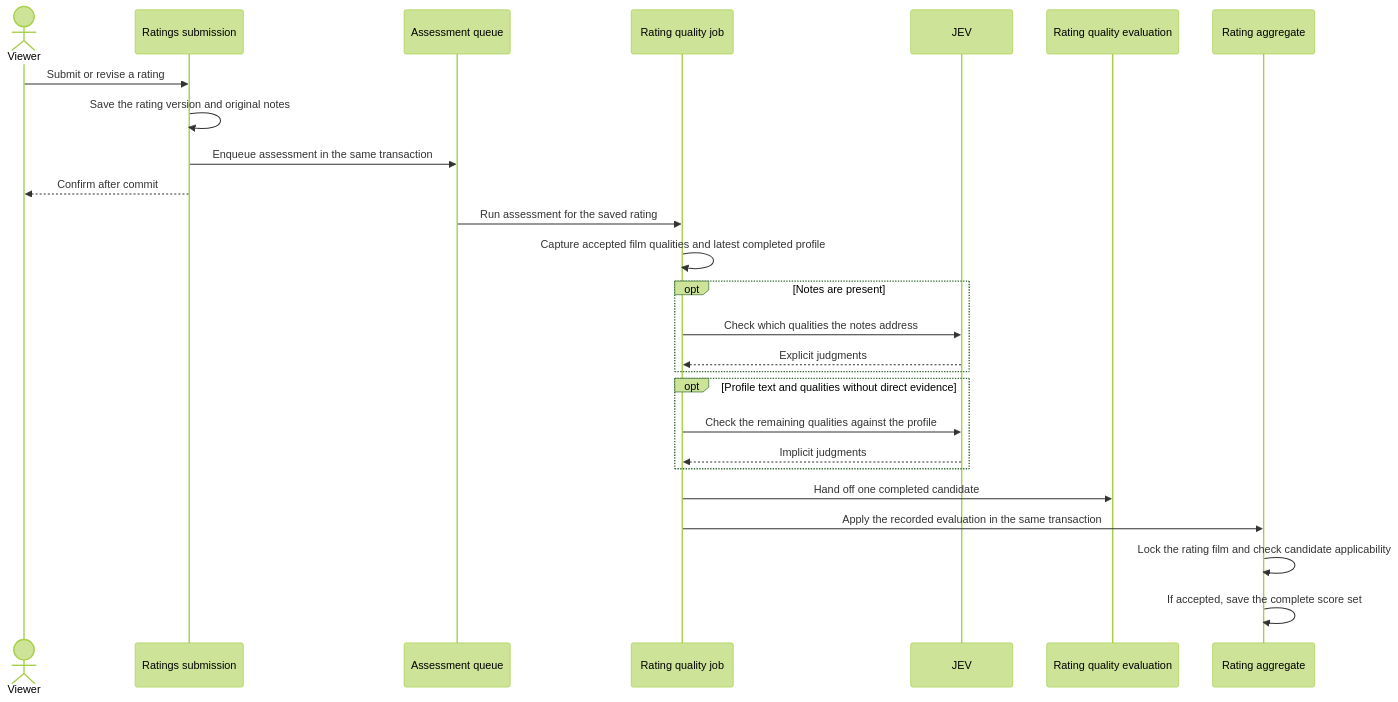
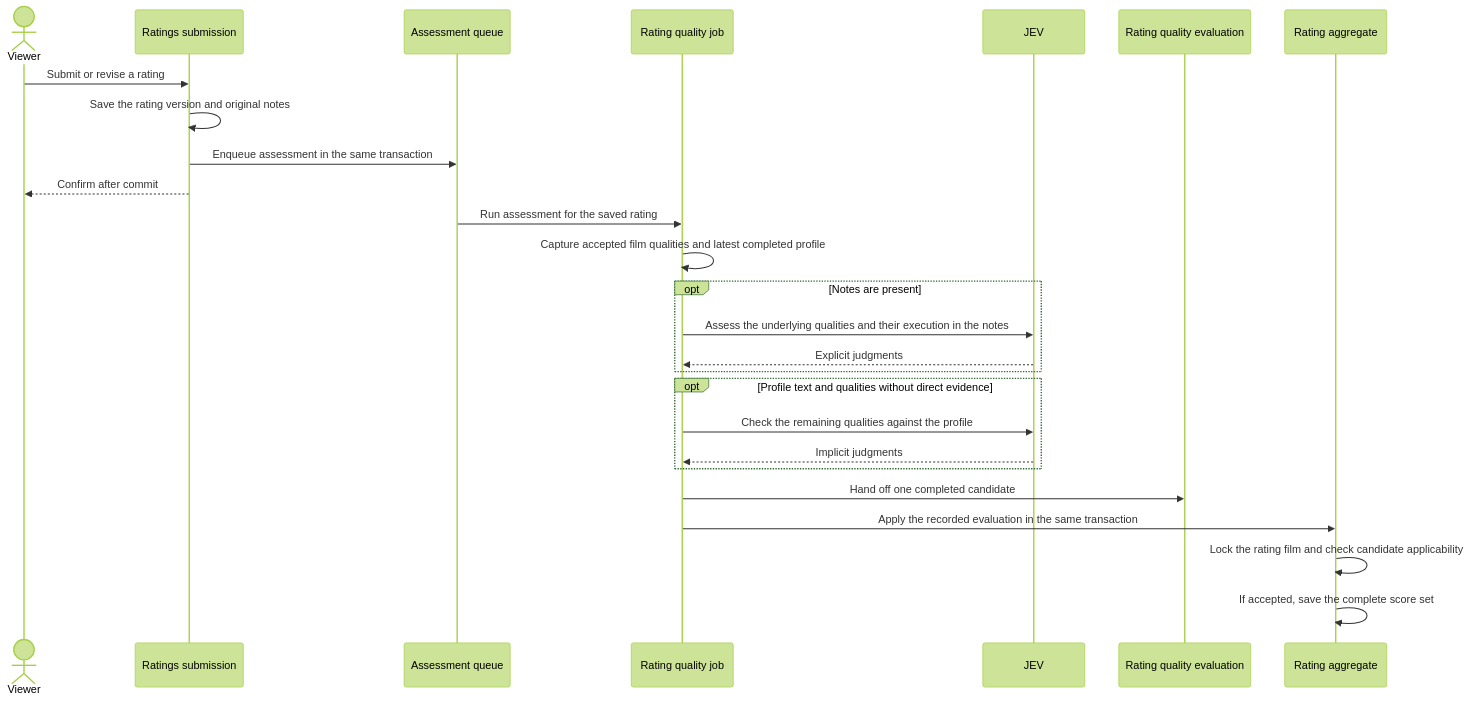
Before and after one commit to adambelton/glutton: the second of 6 diagrams in docs/ratings_scoring_design.md, drawn with Mermaid (forest theme). The commit also changed other lines of this file and 36 other files, not shown here.

````diff
--- a/docs/ratings_scoring_design.md
+++ b/docs/ratings_scoring_design.md
@@ -63,29 +63,29 @@
 ```mermaid
 sequenceDiagram
     actor Viewer
     participant Ratings as Ratings submission
     participant Queue as Assessment queue
     participant Job as Rating quality job
     participant JEV
     participant Eval as Rating quality evaluation
     participant Rating as Rating aggregate
 
     Viewer->>Ratings: Submit or revise a rating
     Ratings->>Ratings: Save the rating version and original notes
     Ratings->>Queue: Enqueue assessment in the same transaction
     Ratings-->>Viewer: Confirm after commit
     Queue->>Job: Run assessment for the saved rating
     Job->>Job: Capture accepted film qualities and latest completed profile
     opt Notes are present
-        Job->>JEV: Check which qualities the notes address
+        Job->>JEV: Assess the underlying qualities and their execution in the notes
         JEV-->>Job: Explicit judgments
     end
     opt Profile text and qualities without direct evidence
         Job->>JEV: Check the remaining qualities against the profile
         JEV-->>Job: Implicit judgments
     end
     Job->>Eval: Hand off one completed candidate
     Job->>Rating: Apply the recorded evaluation in the same transaction
     Rating->>Rating: Lock the rating film and check candidate applicability
     Rating->>Rating: If accepted, save the complete score set
 ```
````
